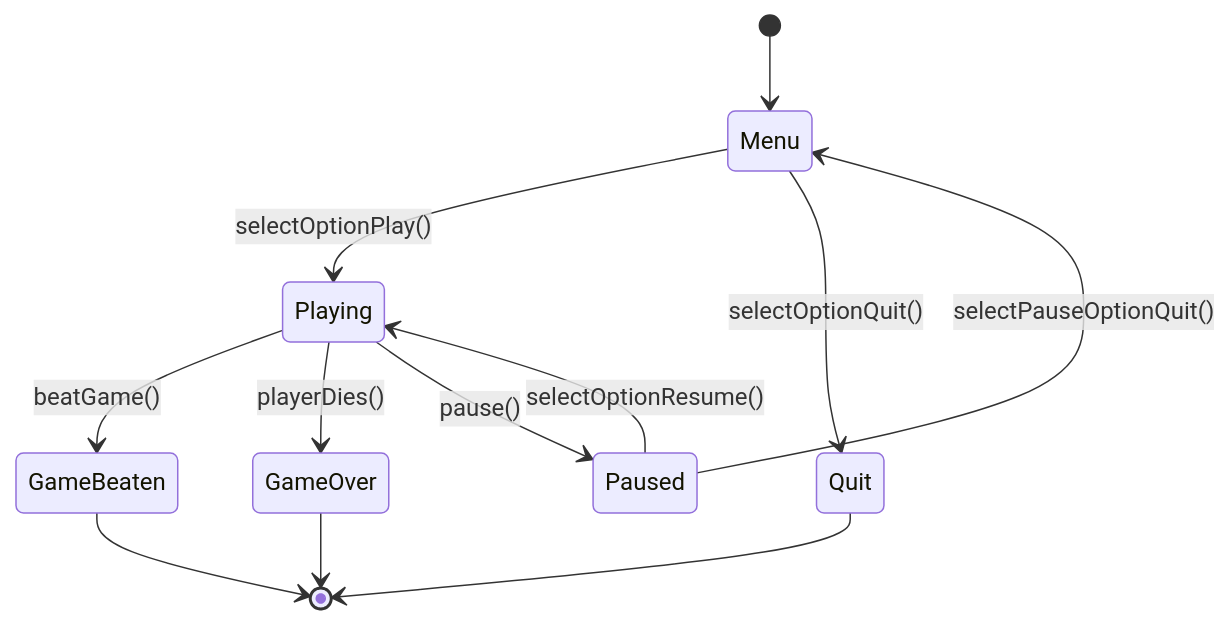
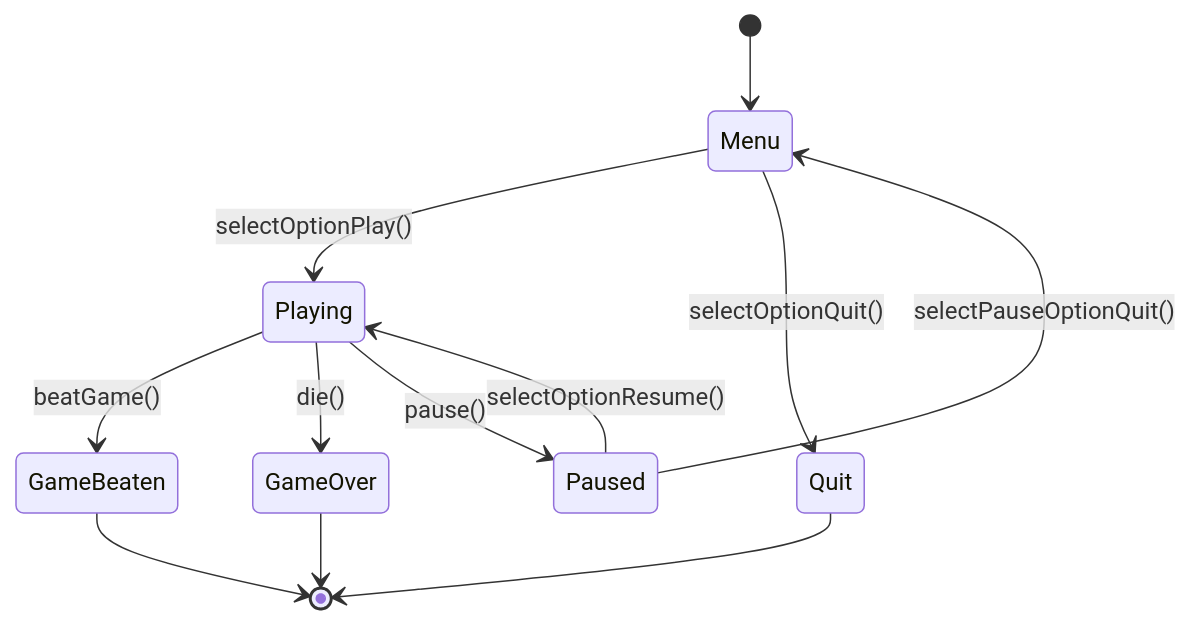
One commit to antondm11/DiagramTest-iLERNTALE changed the first of 3 diagrams in README.md. Above: the diagram before and after it, drawn with Mermaid.

````diff
--- a/README.md
+++ b/README.md
@@ -6,38 +6,38 @@
 ``` mermaid
 
 stateDiagram-v2
 %% Diagrama de Estados del juego iLERNTALE
 
 %% Se inicia el juego y va al Menú Principal
 [*] --> Menu
 %%% En el Menú puede elegir varias opciones
 
 %% Playing: Estado jugando - Se cuenta la parte del prólogo
 Menu --> Playing: selectOptionPlay()
 
 %% Quit: Estado de cerrar el juego
 Menu --> Quit: selectOptionQuit()
 
 %% Playing: Estado jugando - Llevará a "Game Beaten" si se pasa el juego 
 Playing --> GameBeaten : beatGame()
 
 %% Playing: Estado jugando - Llevará a "Game Over" si muere 
 
-Playing --> GameOver : playerDies()
+Playing --> GameOver : die()
 
 %% Playing: Estado jugando - Llevará a Pausa al pulsar Esc (cambio a estado Paused)
 Playing --> Paused : pause()
 
 %% Pausa: Seleccionar opción "Salir", que lleva de vuelta al Menú principal
 Paused --> Menu: selectPauseOptionQuit()
 
 %% Pausa: Seleccionar opción "Reanudar", que devuelve al juego (mapa o combate)
 Paused --> Playing : selectOptionResume()
 
 
 GameBeaten --> [*]
 GameOver --> [*]
 Quit--> [*]
 
 
 ```
````
